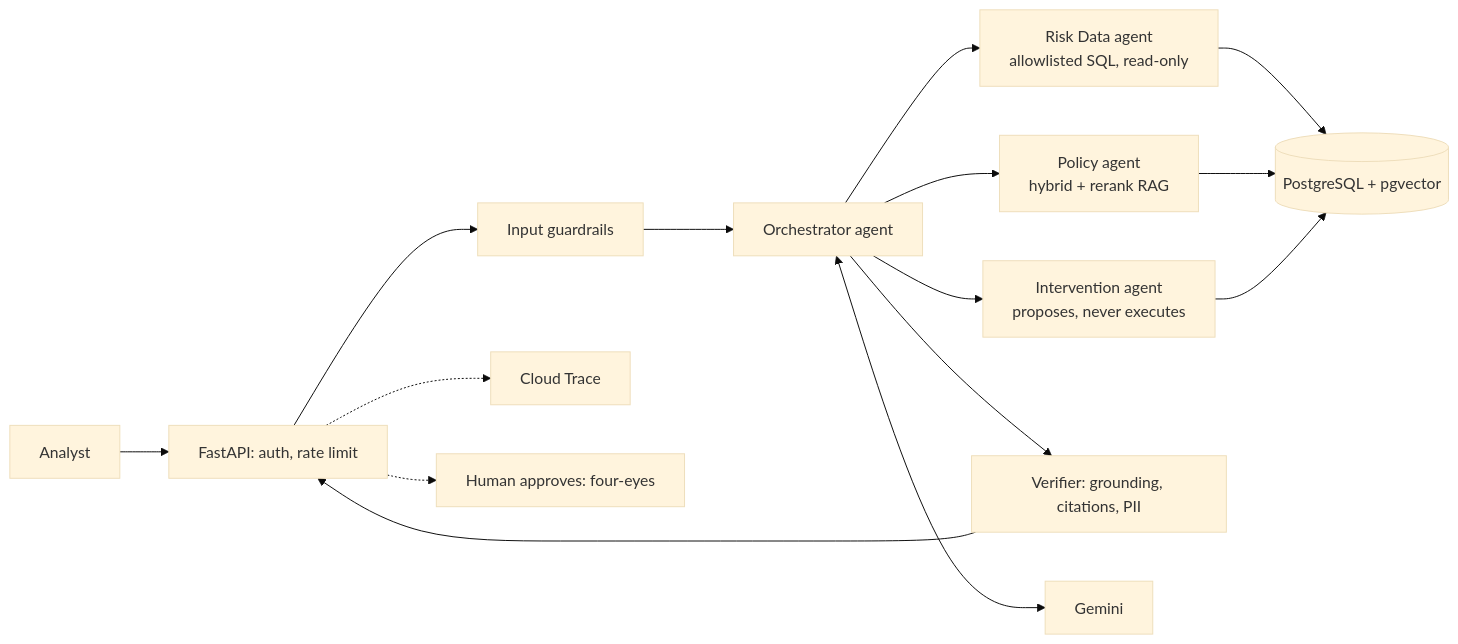
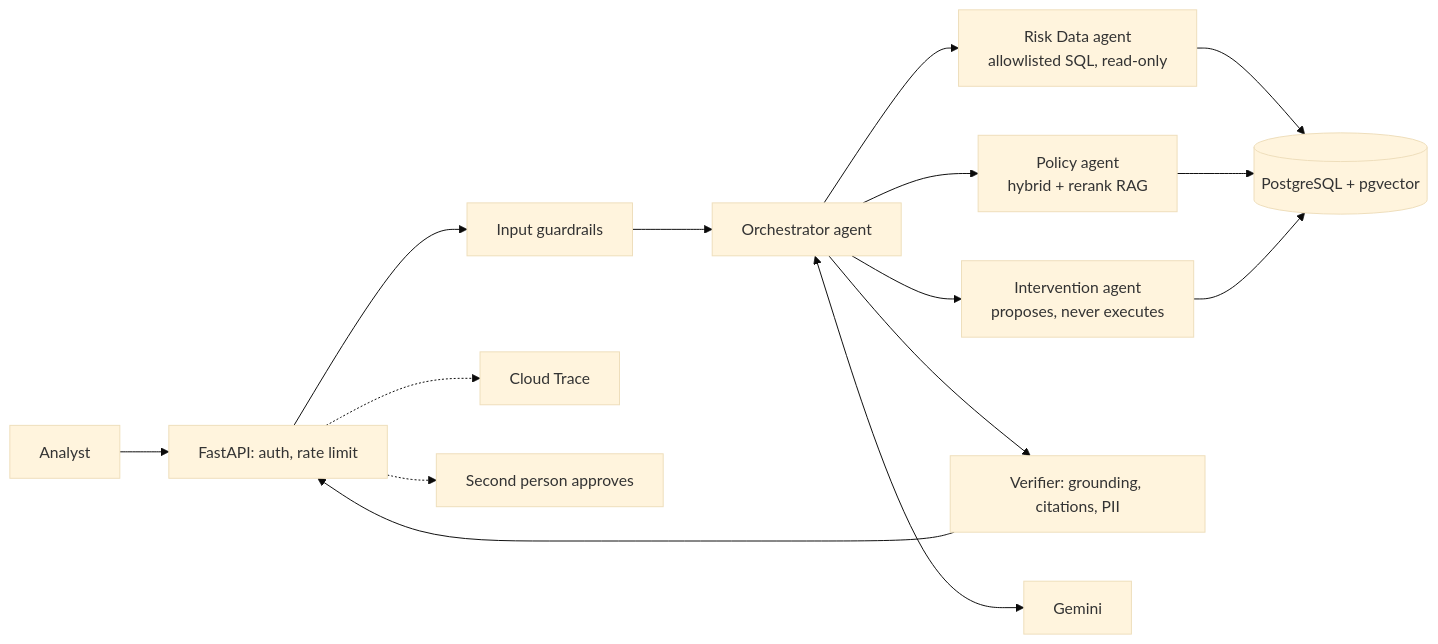
One commit to pr1t4m-d3y/Drishti changed the diagram in README.md. Above: the diagram before and after it, drawn with Mermaid (base theme). The commit also changed other lines of this file and 10 other files, not shown here.

````diff
--- a/README.md
+++ b/README.md
@@ -64,17 +28,17 @@
 ```mermaid
 flowchart LR
   U[Analyst] --> API[FastAPI: auth, rate limit]
   API --> G[Input guardrails]
   G --> O[Orchestrator agent]
   O --> R[Risk Data agent<br/>allowlisted SQL, read-only]
   O --> P[Policy agent<br/>hybrid + rerank RAG]
   O --> I[Intervention agent<br/>proposes, never executes]
   R --> DB[(PostgreSQL + pgvector)]
   P --> DB
   I --> DB
   O --> V[Verifier: grounding, citations, PII]
   V --> API
   O <--> LLM[Gemini]
   API -.-> T[Cloud Trace]
-  API -.-> H[Human approves: four-eyes]
+  API -.-> H[Second person approves]
 ```
````
